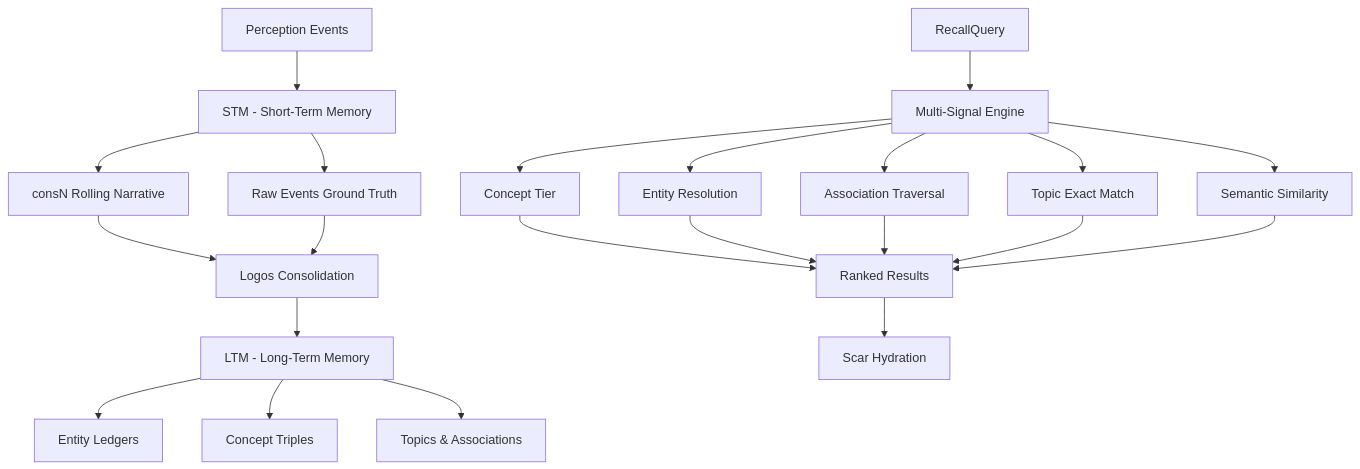
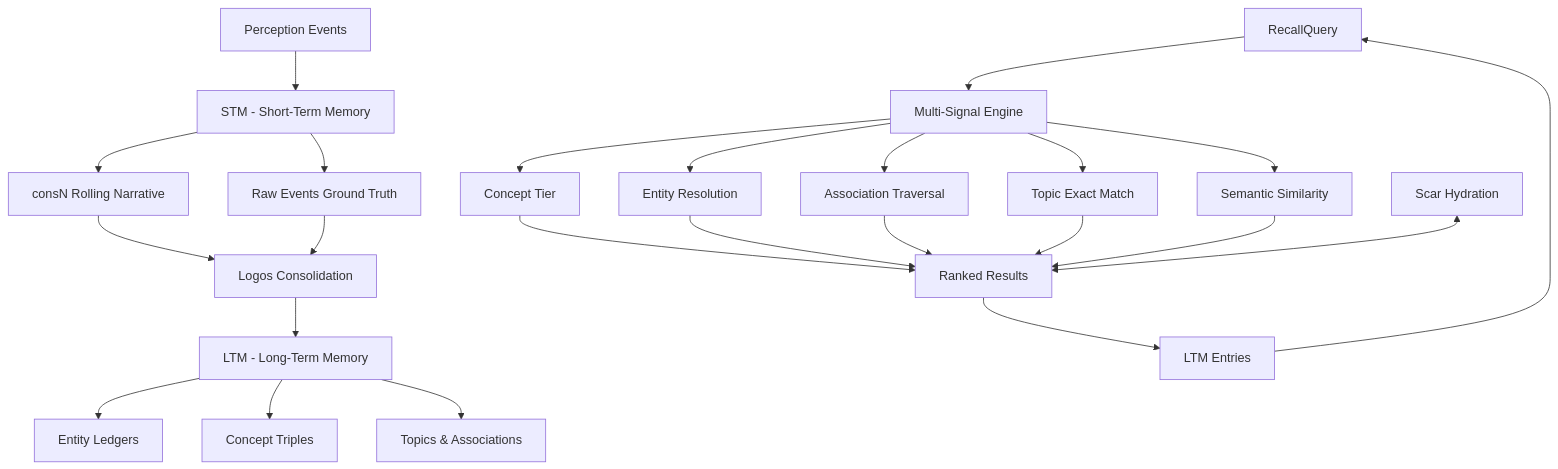
One commit to oumo-os/artux-muninn changed the diagram in README.md. Above: the diagram before and after it, drawn with Mermaid.

Commit message:
Revise diagram relationships in README
Updated the flow of the diagram and clarified relationships between components.

````diff
--- a/README.md
+++ b/README.md
@@ -25,24 +25,26 @@
 ```mermaid
 flowchart TD
     A[Perception Events] --> B[STM - Short-Term Memory]
     B --> C[consN Rolling Narrative]
     B --> D[Raw Events Ground Truth]
     
     C --> E[Logos Consolidation]
     D --> E
     
     E --> F[LTM - Long-Term Memory]
     F --> G[Entity Ledgers]
     F --> H[Concept Triples]
     F --> I[Topics & Associations]
     
     J[RecallQuery] --> K[Multi-Signal Engine]
     K --> L[Concept Tier]
     K --> M[Entity Resolution]
     K --> N[Association Traversal]
     K --> O[Topic Exact Match]
     K --> P[Semantic Similarity]
     
     L & M & N & O & P --> Q[Ranked Results]
-    Q --> R[Scar Hydration]
+    R[Scar Hydration] <--> Q
+    Q --> S[LTM Entries]
+    S --> J
 ```
````
